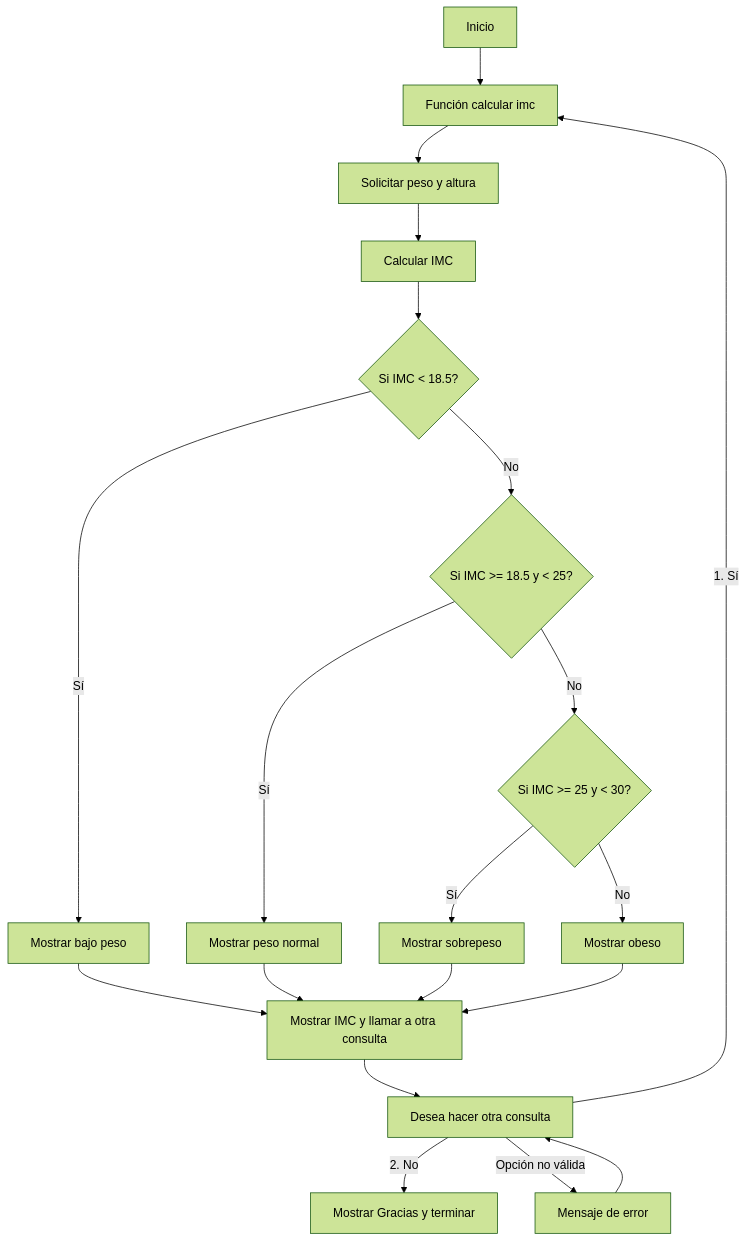
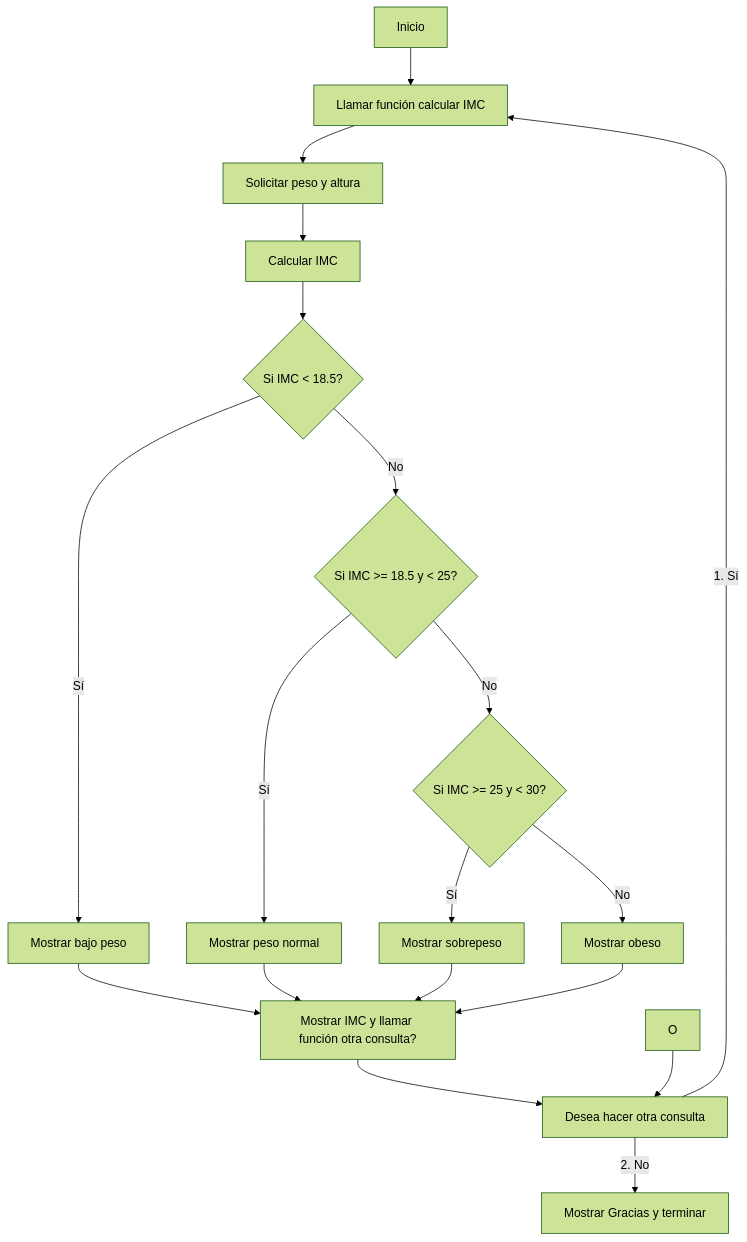
Before and after one commit to Gabriel-Ariza/programacion_20_agosto: the diagram in README.md, drawn with Mermaid (forest theme).

Commit message:
Update flowchart in README for IMC calculation

````diff
--- a/README.md
+++ b/README.md
@@ -3,25 +3,24 @@
 ```mermaid
 graph TD
-    A[Inicio] --> B["Función calcular imc"]
+    A[Inicio] --> B["Llamar función calcular IMC"]
 
     B --> C["Solicitar peso y altura"]
     C --> D["Calcular IMC"]
     D --> E{"Si IMC < 18.5?"}
     E -- Sí --> F["Mostrar bajo peso"]
     E -- No --> G{"Si IMC >= 18.5 y < 25?"}
     G -- Sí --> H["Mostrar peso normal"]
     G -- No --> I{"Si IMC >= 25 y < 30?"}
     I -- Sí --> J["Mostrar sobrepeso"]
     I -- No --> K["Mostrar obeso"]
 
     F --> L
     H --> L
     J --> L
-    K --> L["Mostrar IMC y llamar a otra consulta"]
+    K --> L["Mostrar IMC y llamar función otra consulta?"]
 
     L --> M["Desea hacer otra consulta"]
     M -- "1. Sí" --> B
     M -- "2. No" --> N["Mostrar Gracias y terminar"]
-    M -- "Opción no válida" --> O["Mensaje de error"]
     O --> M
 ```
````
